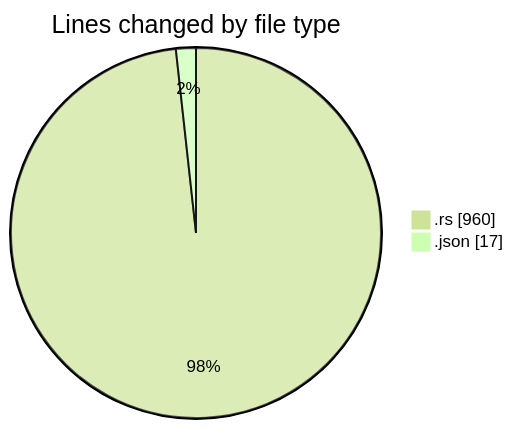
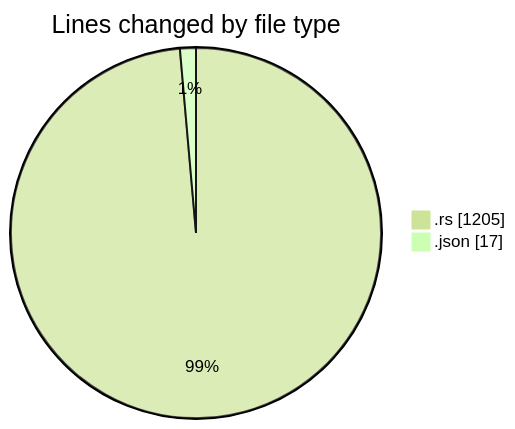
Before and after one commit to Ritupan-Deka/code-tracking: the first of 2 diagrams in 2025-12-28/rust/README.md, drawn with Mermaid (forest theme). The commit also changed other lines of this file and 1 other file, not shown here.

````diff
--- a/2025-12-28/rust/README.md
+++ b/2025-12-28/rust/README.md
@@ -21,6 +21,6 @@
 ```mermaid
 pie showData
 title Lines changed by file type
-".rs" : 960
+".rs" : 1205
 ".json" : 17
 ```
````
